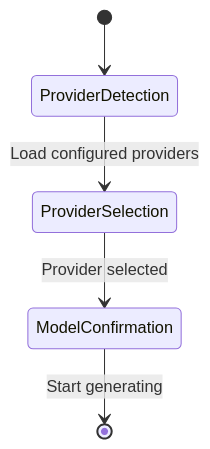
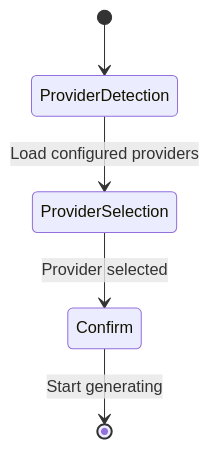
The ninth of 10 diagrams in .qoder/repowiki/en/content/AI Generation Engine/AI Provider Adapters/AI Provider Adapters.md (shekhargiri005-dotcom/AI-powered-accessibility-first-UI-engine), drawn with Mermaid before and after one commit. The commit also changed other lines of this file and 7 other files, not shown here.

````diff
--- a/.qoder/repowiki/en/content/AI Generation Engine/AI Provider Adapters/AI Provider Adapters.md
+++ b/.qoder/repowiki/en/content/AI Generation Engine/AI Provider Adapters/AI Provider Adapters.md
@@ -385,7 +398,7 @@
 ```mermaid
 stateDiagram-v2
 [*] --> ProviderDetection
 ProviderDetection --> ProviderSelection : Load configured providers
-ProviderSelection --> ModelConfirmation : Provider selected
-ModelConfirmation --> [*] : Start generating
+ProviderSelection --> Confirm : Provider selected
+Confirm --> [*] : Start generating
 ```
````
